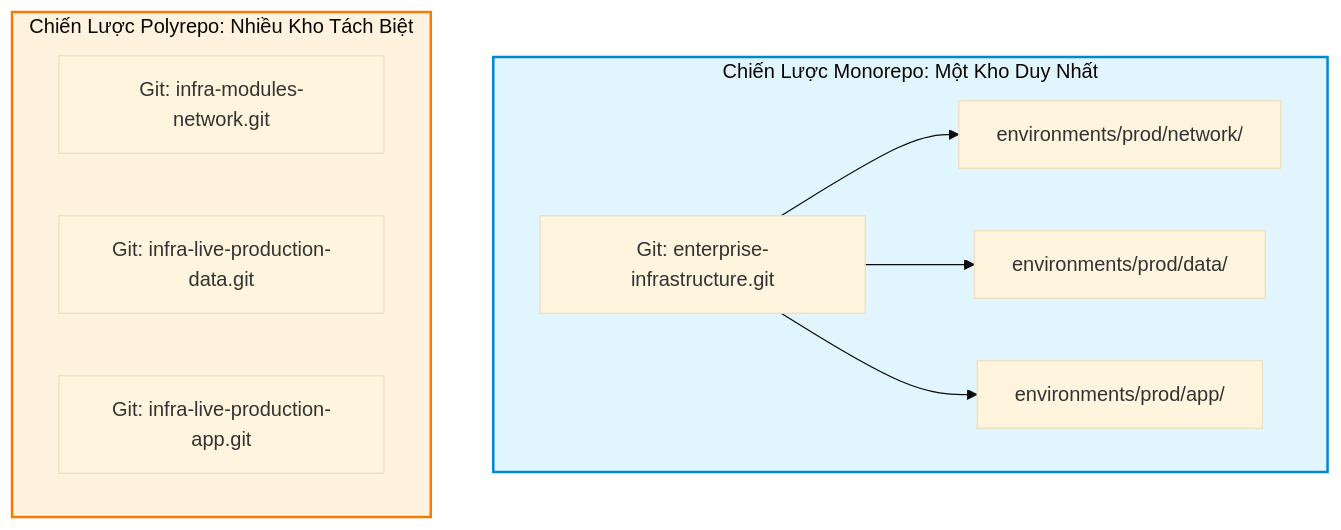
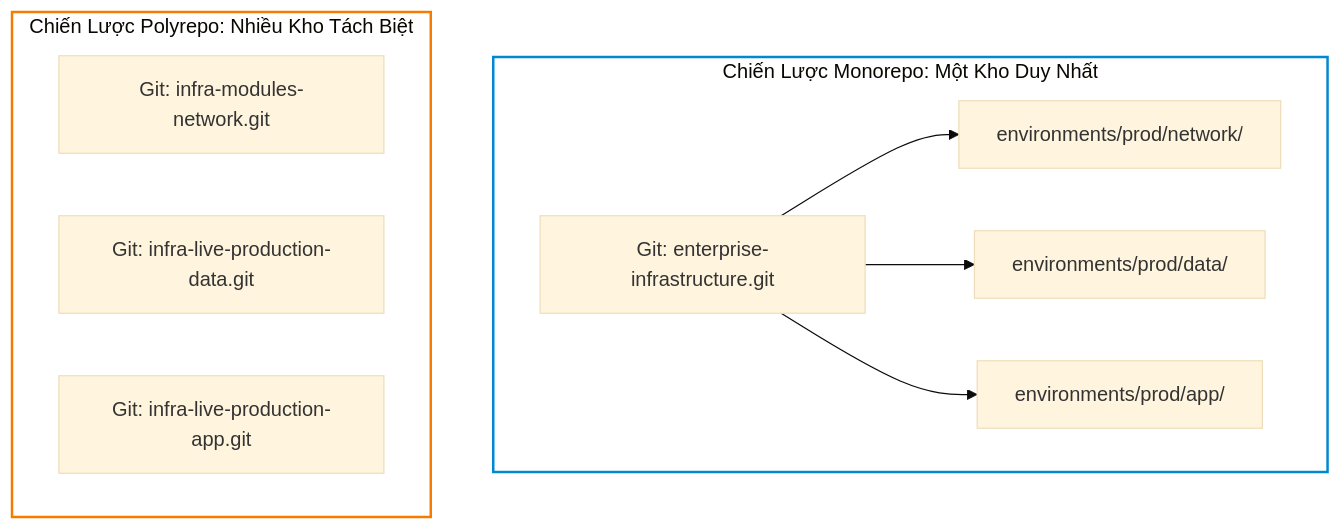
One commit to kiennt308/ntk changed the third of 6 diagrams in _posts/2026-09-13-terraform-25-25-quan-tri-blast-radius-va-to-chuc-codebase-ha-tang-enterprise.md. Above: the diagram before and after it, drawn with Mermaid (base theme). The commit also changed other lines of this file and 207 other files, not shown here.

Commit message:
feat(posts): batch standardize all 208 posts with TL;DR, qa-card accordion, fill:none mermaid, and liquid raw wrappers

````diff
--- a/_posts/2026-09-13-terraform-25-25-quan-tri-blast-radius-va-to-chuc-codebase-ha-tang-enterprise.md
+++ b/_posts/2026-09-13-terraform-25-25-quan-tri-blast-radius-va-to-chuc-codebase-ha-tang-enterprise.md
@@ -132,20 +136,20 @@
 ```mermaid
 graph TD
     subgraph Monorepo_Strategy ["Chiến Lược Monorepo: Một Kho Duy Nhất"]
         REPO_ALL["Git: enterprise-infrastructure.git"]
         REPO_ALL --> M_NET["environments/prod/network/"]
         REPO_ALL --> M_DATA["environments/prod/data/"]
         REPO_ALL --> M_APP["environments/prod/app/"]
     end
 
     subgraph Polyrepo_Strategy ["Chiến Lược Polyrepo: Nhiều Kho Tách Biệt"]
         R1["Git: infra-modules-network.git"]
         R2["Git: infra-live-production-data.git"]
         R3["Git: infra-live-production-app.git"]
     end
 
-    style Monorepo_Strategy fill:#e1f5fe,stroke:#0288d1,stroke-width:2px
-    style Polyrepo_Strategy fill:#fff3e0,stroke:#f57c00,stroke-width:2px
+    style Monorepo_Strategy fill:none,stroke:#0288d1,stroke-width:2px
+    style Polyrepo_Strategy fill:none,stroke:#f57c00,stroke-width:2px
 
 
 ```
````
